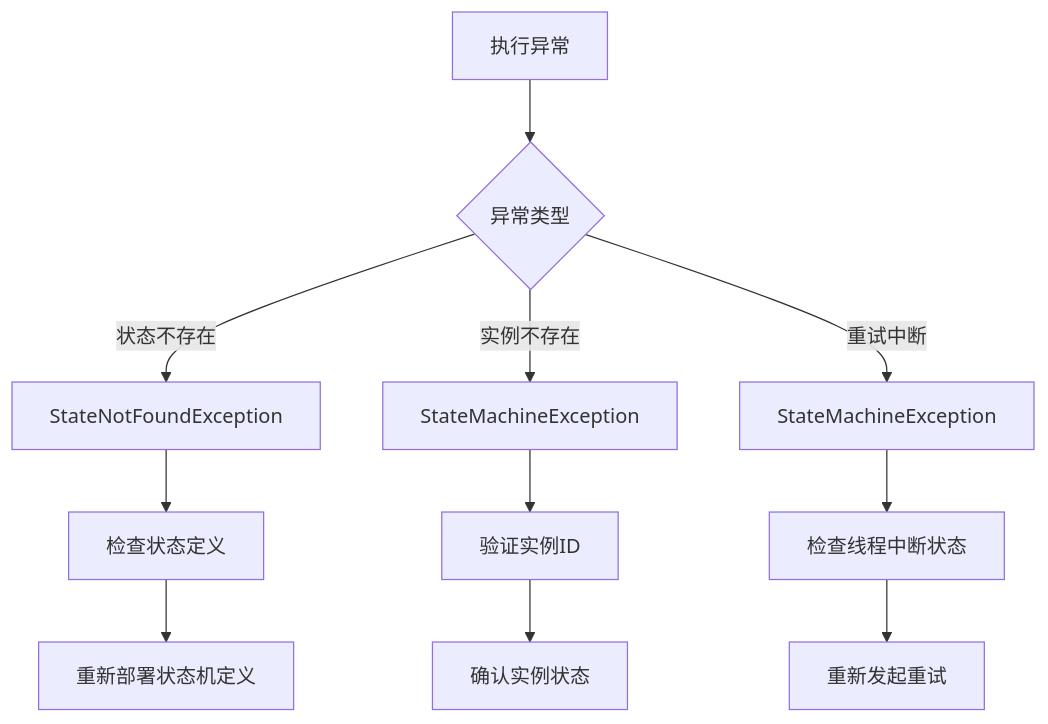
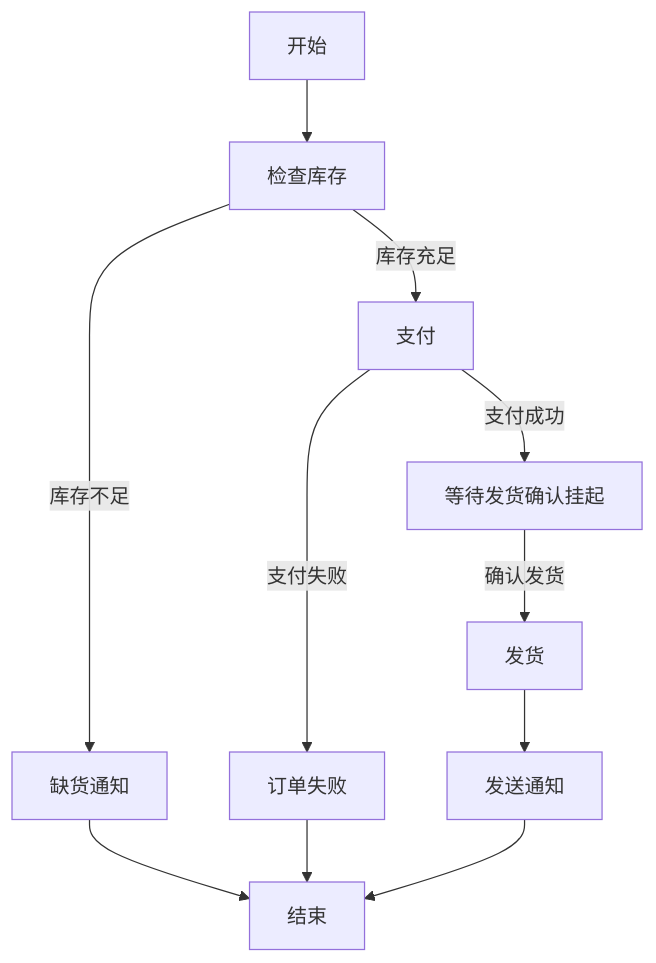
The seventh of 8 diagrams in .qoder/repowiki/zh/content/项目概述.md (xiaoche80s-tech/state-machine-parent), drawn with Mermaid before and after one commit. The commit also changed other lines of this file and 97 other files, not shown here.

````diff
--- a/.qoder/repowiki/zh/content/项目概述.md
+++ b/.qoder/repowiki/zh/content/项目概述.md
@@ -450,13 +328,13 @@
 ```mermaid
 flowchart TD
-A[执行异常] --> B{异常类型}
-B --> |状态不存在| C[StateNotFoundException]
-B --> |实例不存在| D[StateMachineException]
-B --> |重试中断| E[StateMachineException]
-C --> F[检查状态定义]
-D --> G[验证实例ID]
-E --> H[检查线程中断状态]
-F --> I[重新部署状态机定义]
-G --> J[确认实例状态]
-H --> K[重新发起重试]
+S["开始"] --> A["检查库存"]
+A --> |库存充足| B["支付"]
+A --> |库存不足| N["缺货通知"]
+B --> |支付成功| P["等待发货确认挂起"]
+B --> |支付失败| F["订单失败"]
+P --> |确认发货| C["发货"]
+C --> D["发送通知"]
+N --> E["结束"]
+F --> E
+D --> E
 ```
````
